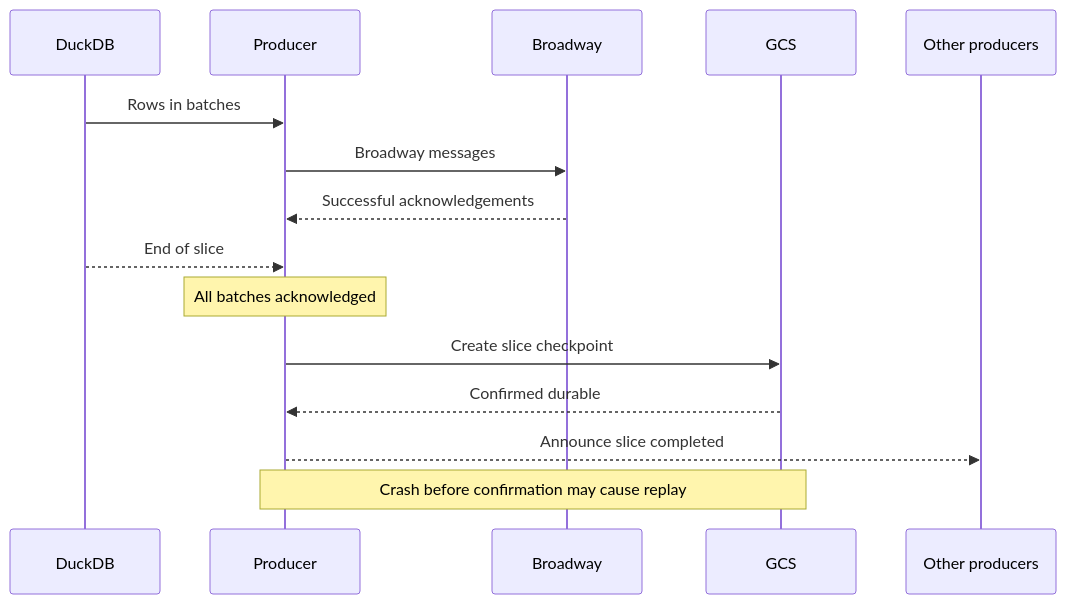
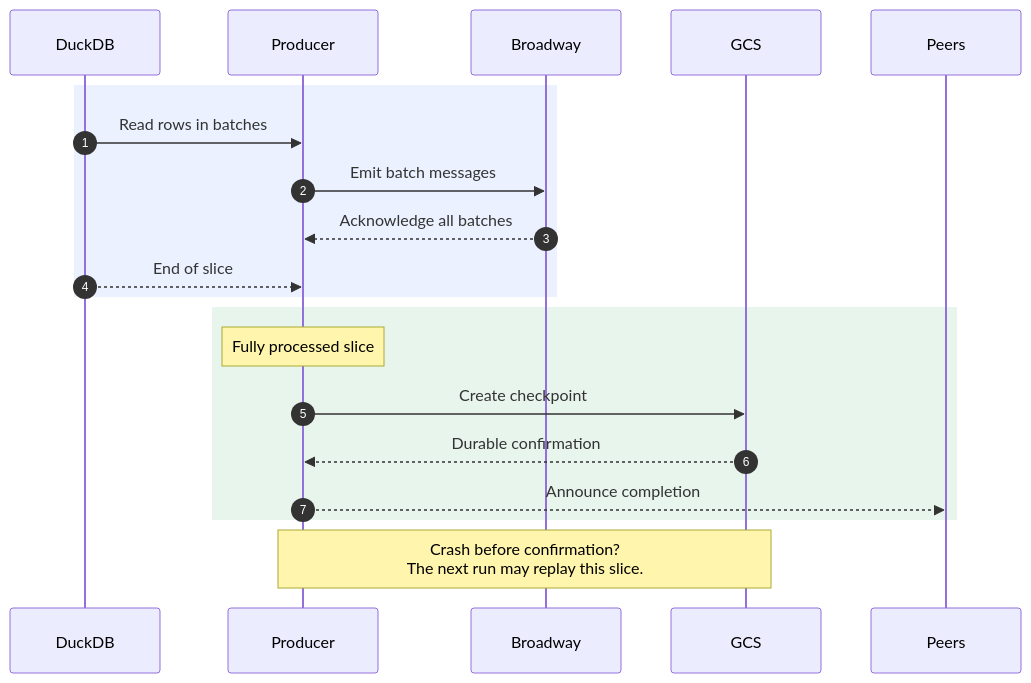
The fourth of 5 diagrams in guides/iceberg-and-duckdb.md (efcasado/off_broadway_iceberg), drawn with Mermaid before and after one commit. The commit also changed other lines of this file, not shown here.

Commit message:
docs: refine Mermaid layouts and visual hierarchy

````diff
--- a/guides/iceberg-and-duckdb.md
+++ b/guides/iceberg-and-duckdb.md
@@ -368,18 +402,25 @@
 ```mermaid
 sequenceDiagram
+    autonumber
     participant D as DuckDB
     participant P as Producer
     participant B as Broadway
     participant G as GCS
-    participant Peers as Other producers
+    participant O as Peers
 
-    D->>P: Rows in batches
-    P->>B: Broadway messages
-    B-->>P: Successful acknowledgements
-    D-->>P: End of slice
-    Note over P: All batches acknowledged
-    P->>G: Create slice checkpoint
-    G-->>P: Confirmed durable
-    P-->>Peers: Announce slice completed
-    Note over P,G: Crash before confirmation may cause replay
+    rect rgb(235, 241, 255)
+        D->>P: Read rows in batches
+        P->>B: Emit batch messages
+        B-->>P: Acknowledge all batches
+        D-->>P: End of slice
+    end
+
+    rect rgb(231, 245, 237)
+        Note over P: Fully processed slice
+        P->>G: Create checkpoint
+        G-->>P: Durable confirmation
+        P-->>O: Announce completion
+    end
+
+    Note over P,G: Crash before confirmation?<br/>The next run may replay this slice.
 ```
````
